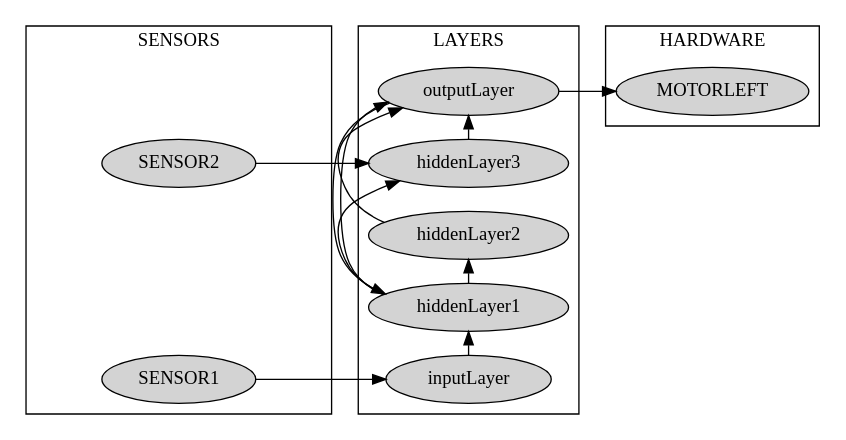
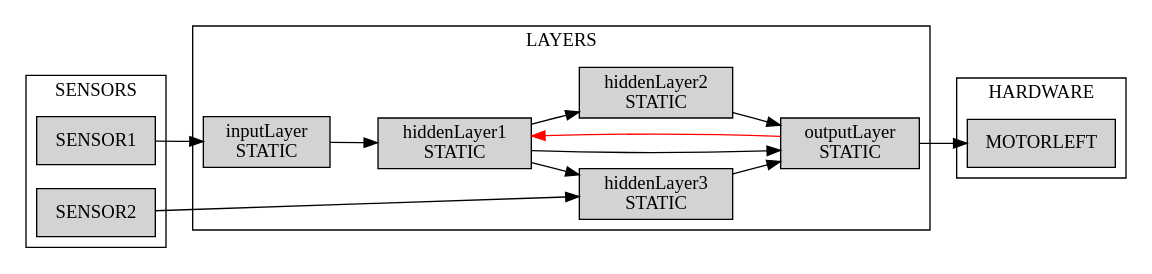
The diagram in evolutionary_robots/examples/repr/complex.gv (TheRoboticsClub/colab-gsoc2020-Sakshay_Mahna), drawn with Graphviz before and after one commit. The commit also changed 16 other files, not shown here.

```diff
--- a/evolutionary_robots/examples/repr/complex.gv
+++ b/evolutionary_robots/examples/repr/complex.gv
@@ -1,34 +1,39 @@
 digraph ANN {
-	graph [concentrate=true rankdir=LR]
+	graph [rankdir=LR]
+	node [shape=box]
 	subgraph cluster_2 {
 		node [style=filled]
 		color=black label=SENSORS
-		hiddenoutputLayer [style=invis]
 		SENSOR2
-		hiddenhiddenLayer2 [style=invis]
-		hiddenhiddenLayer1 [style=invis]
 		SENSOR1
 	}
 	subgraph cluster_1 {
 		node [style=filled]
 		color=black label=LAYERS
-		inputLayer -> hiddenLayer1 [constraint=false]
-		hiddenLayer1 -> hiddenLayer2 [constraint=false]
-		hiddenLayer1 -> hiddenLayer3 [constraint=false]
-		hiddenLayer1 -> outputLayer [constraint=false]
-		hiddenLayer2 -> outputLayer [constraint=false]
-		hiddenLayer3 -> outputLayer [constraint=false]
-		outputLayer -> hiddenLayer1 [constraint=false]
+		inputLayer [label="inputLayer
+STATIC"]
+		inputLayer -> hiddenLayer1
+		hiddenLayer1 [label="hiddenLayer1
+STATIC"]
+		hiddenLayer1 -> hiddenLayer2
+		hiddenLayer1 -> hiddenLayer3
+		hiddenLayer1 -> outputLayer
+		hiddenLayer2 [label="hiddenLayer2
+STATIC"]
+		hiddenLayer2 -> outputLayer
+		hiddenLayer3 [label="hiddenLayer3
+STATIC"]
+		hiddenLayer3 -> outputLayer
+		outputLayer [label="outputLayer
+STATIC"]
+		outputLayer -> hiddenLayer1 [color=red]
 	}
 	subgraph cluster_0 {
 		node [style=filled]
 		color=black label=HARDWARE
 		MOTORLEFT
 	}
 	outputLayer -> MOTORLEFT
-	hiddenoutputLayer -> outputLayer [style=invis]
 	SENSOR2 -> hiddenLayer3
-	hiddenhiddenLayer2 -> hiddenLayer2 [style=invis]
-	hiddenhiddenLayer1 -> hiddenLayer1 [style=invis]
 	SENSOR1 -> inputLayer
 }
```
